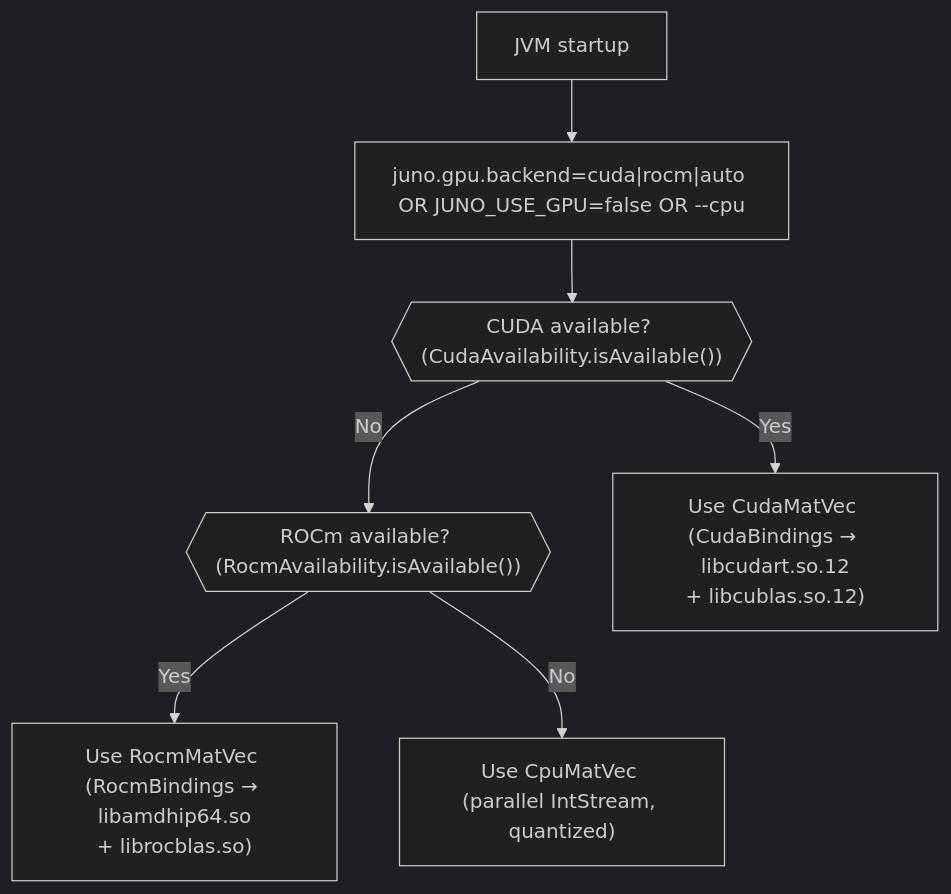
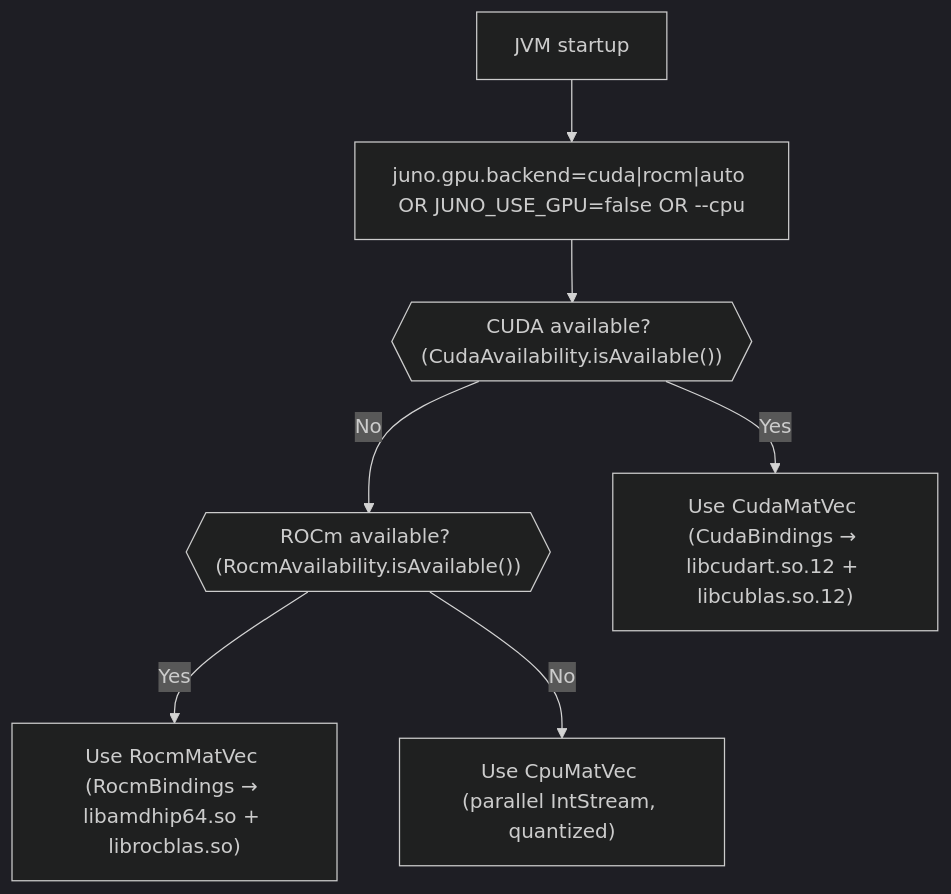
The diagram in juno-documentation/part2/04-gpu-acceleration.md (ml-cab/juno), drawn with Mermaid (dark theme) before and after one commit. The commit also changed 20 other files, not shown here.

Commit message:
mermaids updated, getting rid of new line character

````diff
--- a/juno-documentation/part2/04-gpu-acceleration.md
+++ b/juno-documentation/part2/04-gpu-acceleration.md
@@ -29,17 +29,17 @@
 ```{mermaid}
 flowchart TD
     Start["JVM startup"]
     CheckCUDA{{"CUDA available? (CudaAvailability.isAvailable())"}}
     CheckROCm{{"ROCm available? (RocmAvailability.isAvailable())"}}
-    UseCUDA["Use CudaMatVec (CudaBindings → libcudart.so.12\n+ libcublas.so.12)"]
-    UseROCm["Use RocmMatVec (RocmBindings → libamdhip64.so\n+ librocblas.so)"]
+    UseCUDA["Use CudaMatVec (CudaBindings → libcudart.so.12 + libcublas.so.12)"]
+    UseROCm["Use RocmMatVec (RocmBindings → libamdhip64.so + librocblas.so)"]
     UseCPU["Use CpuMatVec (parallel IntStream, quantized)"]
     Override["juno.gpu.backend=cuda|rocm|auto OR JUNO_USE_GPU=false OR --cpu"]
 
     Start --> Override
     Override --> CheckCUDA
     CheckCUDA -->|"Yes"| UseCUDA
     CheckCUDA -->|"No"| CheckROCm
     CheckROCm -->|"Yes"| UseROCm
     CheckROCm -->|"No"| UseCPU
 ```
````
